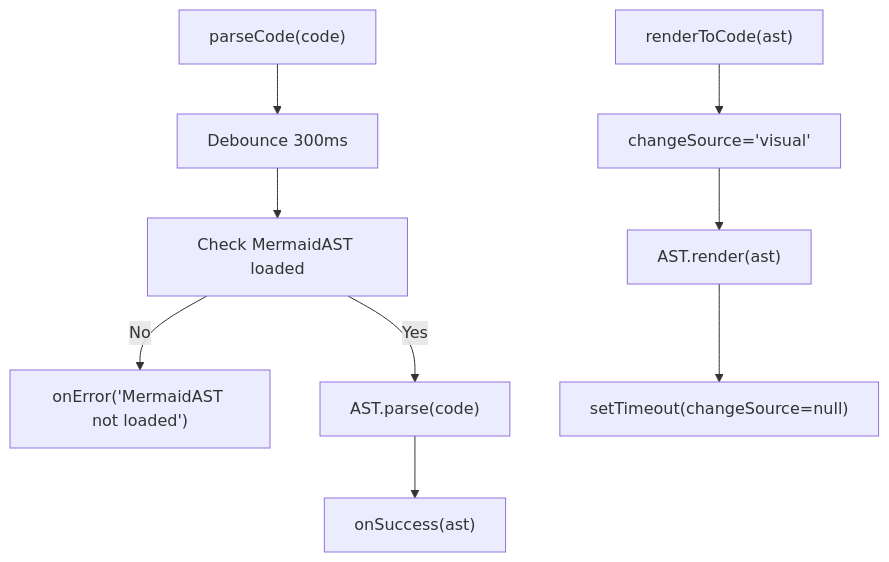
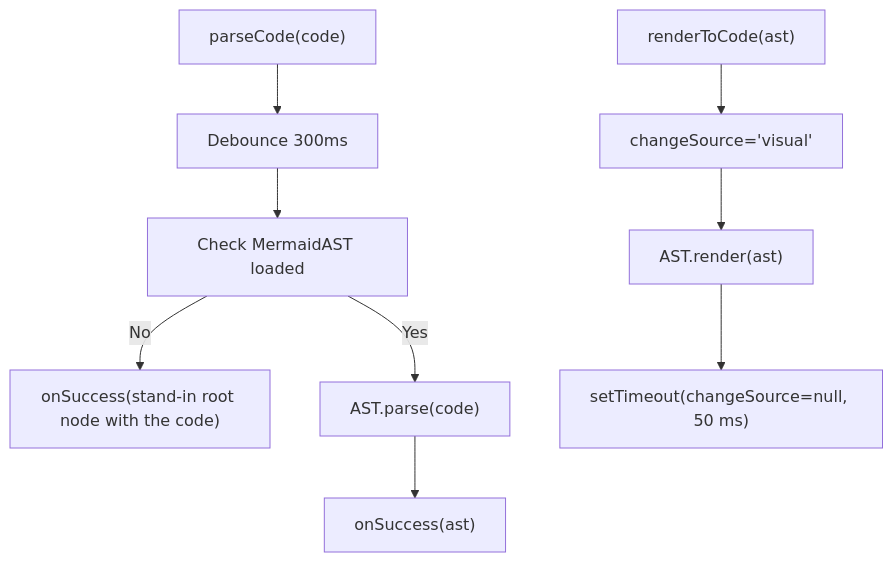
The fourth of 6 diagrams in .qoder/repowiki/en/content/Diagram Types and Formats/Mermaid Diagrams/Mermaid Diagrams.md (ongchonghian/universal-diagram-editor), drawn with Mermaid before and after one commit. The commit also changed other lines of this file and 31 other files, not shown here.

````diff
--- a/.qoder/repowiki/en/content/Diagram Types and Formats/Mermaid Diagrams/Mermaid Diagrams.md
+++ b/.qoder/repowiki/en/content/Diagram Types and Formats/Mermaid Diagrams/Mermaid Diagrams.md
@@ -183,11 +173,11 @@
 ```mermaid
 flowchart TD
 Parse["parseCode(code)"] --> Debounce["Debounce 300ms"]
 Debounce --> CheckLib["Check MermaidAST loaded"]
-CheckLib --> |No| Error["onError('MermaidAST not loaded')"]
+CheckLib --> |No| Error["onSuccess(stand-in root node with the code)"]
 CheckLib --> |Yes| ParseAST["AST.parse(code)"]
 ParseAST --> Success["onSuccess(ast)"]
 Render["renderToCode(ast)"] --> SetSource["changeSource='visual'"]
 SetSource --> RenderCode["AST.render(ast)"]
-RenderCode --> ResetSource["setTimeout(changeSource=null)"]
+RenderCode --> ResetSource["setTimeout(changeSource=null, 50 ms)"]
 ```
````
